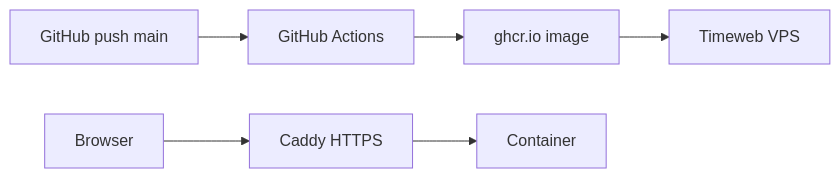
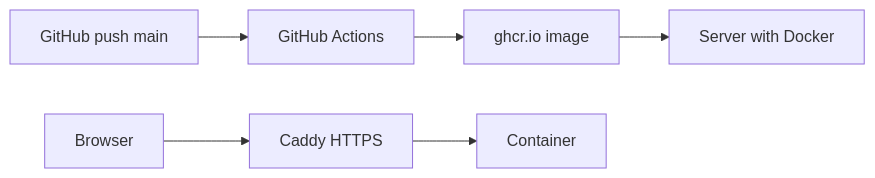
Before and after one commit to kr0t/money-tracker: the diagram in README.md, drawn with Mermaid. The commit also changed other lines of this file, not shown here.

````diff
--- a/README.md
+++ b/README.md
@@ -33,8 +35,8 @@
 ```mermaid
 flowchart LR
   GitHub[GitHub push main] --> Actions[GitHub Actions]
   Actions --> GHCR[ghcr.io image]
-  GHCR --> VPS[Timeweb VPS]
+  GHCR --> Server[Server with Docker]
   User[Browser] --> Caddy[Caddy HTTPS]
   Caddy --> App[Container]
 ```
````
